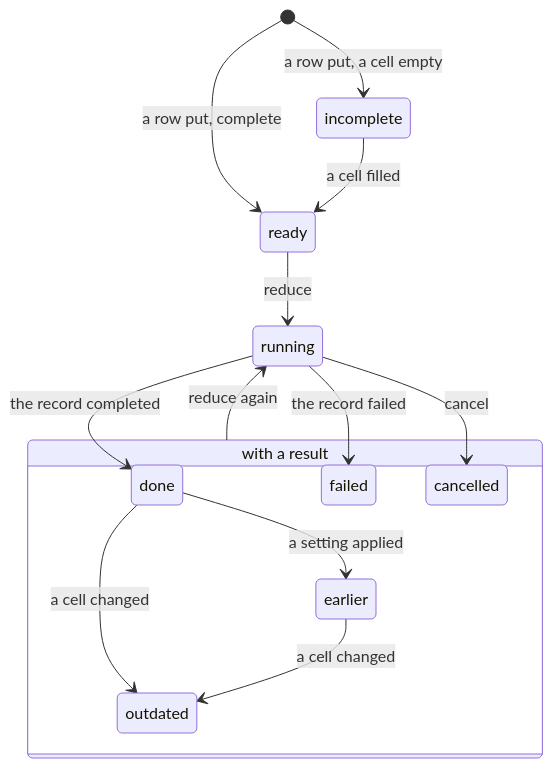
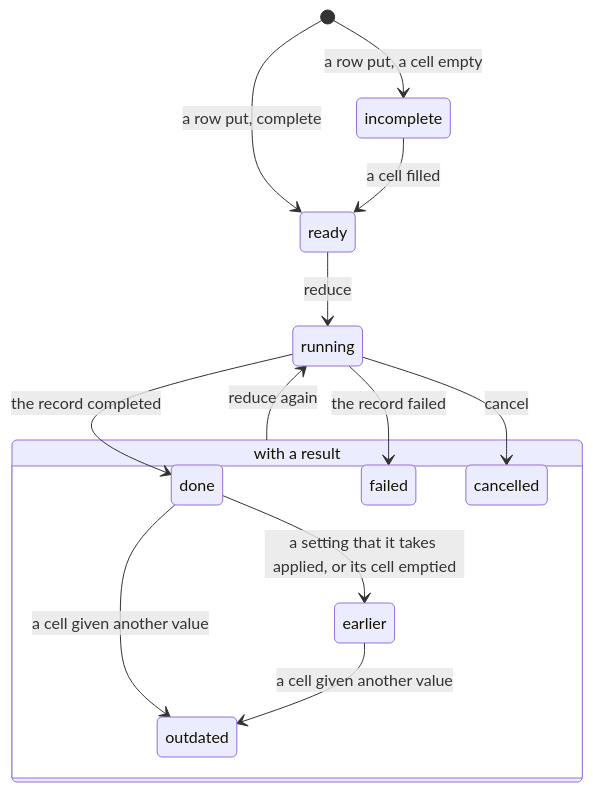
The third of 5 diagrams in packages/essapps/docs/batch.md (scipp/essapps), drawn with Mermaid before and after one commit. The commit also changed other lines of this file and 18 other files, not shown here.

First line of the commit message:
A column that the source fills takes no setting

````diff
--- a/packages/essapps/docs/batch.md
+++ b/packages/essapps/docs/batch.md
@@ -341,18 +374,18 @@
 ```mermaid
 stateDiagram-v2
     [*] --> incomplete: a row put, a cell empty
     [*] --> ready: a row put, complete
     incomplete --> ready: a cell filled
     ready --> running: reduce
     running --> done: the record completed
     running --> failed: the record failed
     running --> cancelled: cancel
     state "with a result" as result {
-        done --> earlier: a setting applied
-        done --> outdated: a cell changed
-        earlier --> outdated: a cell changed
+        done --> earlier: a setting that it takes applied, or its cell emptied
+        done --> outdated: a cell given another value
+        earlier --> outdated: a cell given another value
         failed
         cancelled
     }
     result --> running: reduce again
 ```
````
